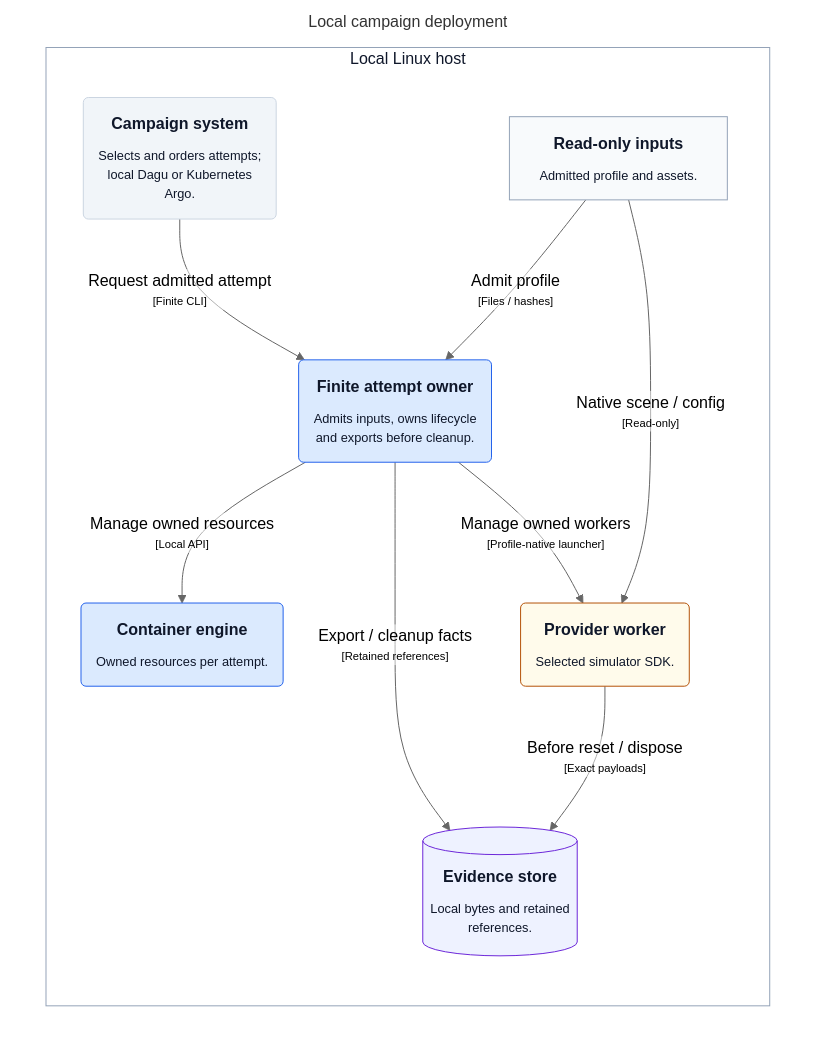
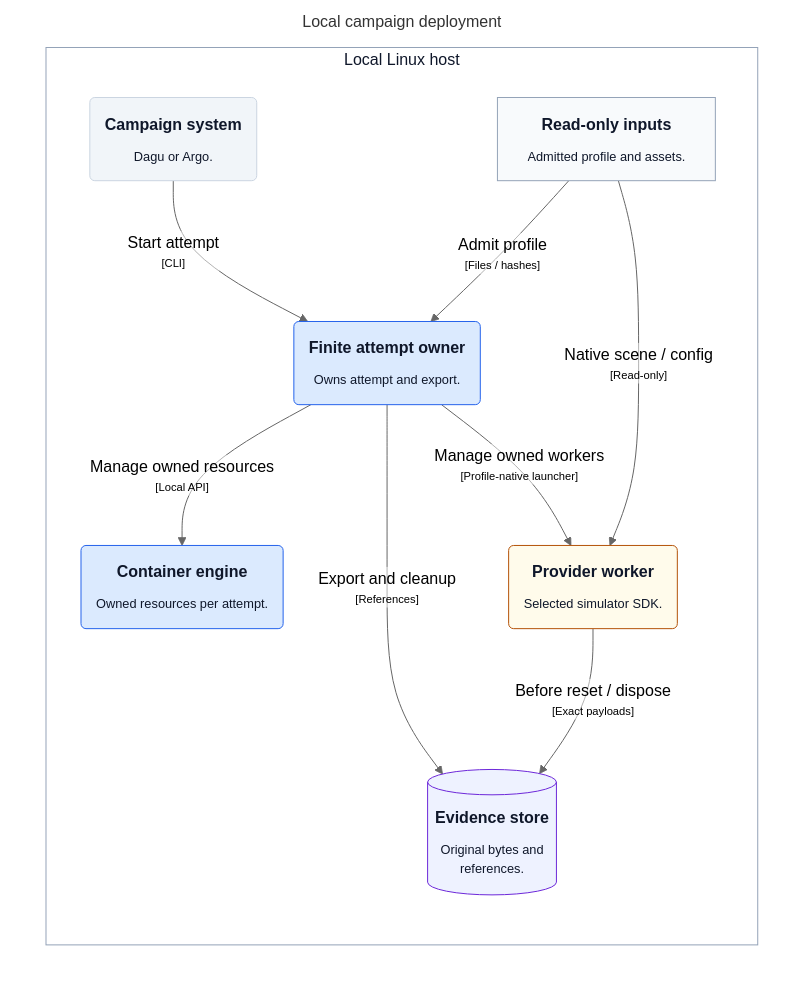
Before and after one commit to mmkolpakov/robotics-runtime: the diagram in docs/architecture/generated/structurizr-ExecutionDeployment.mmd, drawn with Mermaid (neutral theme). The commit also changed 19 other files, not shown here.

Commit message:
docs: clarify attempt lifecycle and overview

```diff
--- a/docs/architecture/generated/structurizr-ExecutionDeployment.mmd
+++ b/docs/architecture/generated/structurizr-ExecutionDeployment.mmd
@@ -1,32 +1,32 @@
 graph LR
   linkStyle default fill:#ffffff
 
   subgraph diagram ["Local campaign deployment"]
     style diagram fill:#ffffff,stroke:#ffffff
 
     subgraph 85 ["Local Linux host"]
       style 85 fill:#ffffff,stroke:#94a3b8,color:#0f172a
 
-      86("<div style='font-weight: bold'>Campaign system</div><div style='font-size: 80%; margin-top:10px'>Selects and orders attempts;<br />local Dagu or Kubernetes<br />Argo.</div>")
+      86("<div style='font-weight: bold'>Campaign system</div><div style='font-size: 80%; margin-top:10px'>Dagu or Argo.</div>")
       style 86 fill:#f1f5f9,stroke:#cbd5e1,color:#0f172a
       87["<div style='font-weight: bold'>Read-only inputs</div><div style='font-size: 80%; margin-top:10px'>Admitted profile and assets.</div>"]
       style 87 fill:#f8fafc,stroke:#94a3b8,color:#0f172a
       88("<div style='font-weight: bold'>Container engine</div><div style='font-size: 80%; margin-top:10px'>Owned resources per attempt.</div>")
       style 88 fill:#dbeafe,stroke:#2563eb,color:#0f172a
-      89("<div style='font-weight: bold'>Finite attempt owner</div><div style='font-size: 80%; margin-top:10px'>Admits inputs, owns lifecycle<br />and exports before cleanup.</div>")
+      89("<div style='font-weight: bold'>Finite attempt owner</div><div style='font-size: 80%; margin-top:10px'>Owns attempt and export.</div>")
       style 89 fill:#dbeafe,stroke:#2563eb,color:#0f172a
       91("<div style='font-weight: bold'>Provider worker</div><div style='font-size: 80%; margin-top:10px'>Selected simulator SDK.</div>")
       style 91 fill:#fffbeb,stroke:#b45309,color:#0f172a
-      93[("<div style='font-weight: bold'>Evidence store</div><div style='font-size: 80%; margin-top:10px'>Local bytes and retained<br />references.</div>")]
+      93[("<div style='font-weight: bold'>Evidence store</div><div style='font-size: 80%; margin-top:10px'>Original bytes and<br />references.</div>")]
       style 93 fill:#eef2ff,stroke:#6d28d9,color:#0f172a
     end
 
-    86-- "<div>Request admitted attempt</div><div style='font-size: 70%'>[Finite CLI]</div>" -->89
+    86-- "<div>Start attempt</div><div style='font-size: 70%'>[CLI]</div>" -->89
     89-- "<div>Manage owned workers</div><div style='font-size: 70%'>[Profile-native launcher]</div>" -->91
-    89-- "<div>Export / cleanup facts</div><div style='font-size: 70%'>[Retained references]</div>" -->93
+    89-- "<div>Export and cleanup</div><div style='font-size: 70%'>[References]</div>" -->93
     91-- "<div>Before reset / dispose</div><div style='font-size: 70%'>[Exact payloads]</div>" -->93
     87-- "<div>Admit profile</div><div style='font-size: 70%'>[Files / hashes]</div>" -->89
     87-- "<div>Native scene / config</div><div style='font-size: 70%'>[Read-only]</div>" -->91
     89-- "<div>Manage owned resources</div><div style='font-size: 70%'>[Local API]</div>" -->88
 
   end
```
